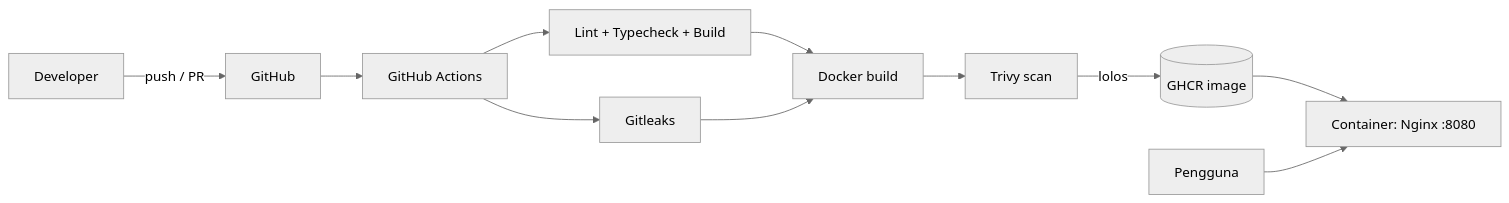
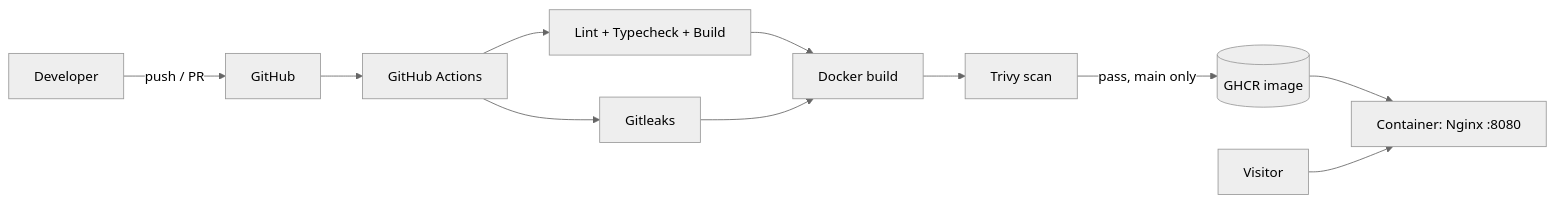
Before and after one commit to rickyrohaendi12/ricky-rohaendi-portfolio: the diagram in README.md, drawn with Mermaid (neutral theme). The commit also changed other lines of this file and 1 other file, not shown here.

````diff
--- a/README.md
+++ b/README.md
@@ -22,13 +52,13 @@
 ```mermaid
 flowchart LR
   Dev[Developer] -->|push / PR| GH[GitHub]
   GH --> CI[GitHub Actions]
   CI --> T[Lint + Typecheck + Build]
   CI --> S[Gitleaks]
   T --> D[Docker build]
   S --> D
   D --> V[Trivy scan]
-  V -->|lolos| R[(GHCR image)]
+  V -->|pass, main only| R[(GHCR image)]
   R --> Run[Container: Nginx :8080]
-  User[Pengguna] --> Run
+  User[Visitor] --> Run
 ```
````
